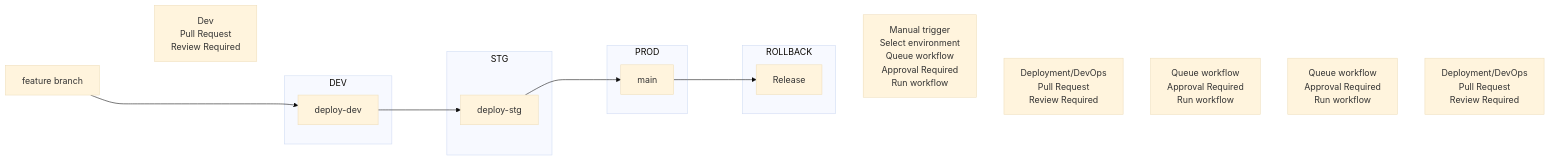
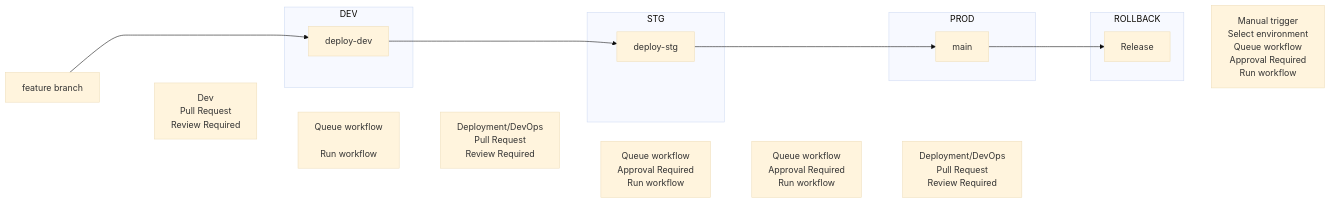
Before and after one commit to fritzramos-gf/Workflows: the diagram in Gates-Workflow.md, drawn with Mermaid (base theme).

````diff
--- a/Gates-Workflow.md
+++ b/Gates-Workflow.md
@@ -1,32 +1,32 @@
 ```mermaid
 flowchart LR
     A[feature branch] ----> B
     A ~~~ C["Dev\nPull Request\nReview Required"]
     C ~~~ B
     subgraph DEV
         B[deploy-dev]
     end
      C ~~~ G["Queue workflow
         \nRun workflow"]
 
     B ---> D
     G ~~~ H["Deployment/DevOps\nPull Request\nReview Required"]
     H ~~~ D
     subgraph STG
         D[deploy-stg]
     end
     D ---> E
     H ~~~ I["Queue workflow\nApproval Required\nRun workflow"]
     subgraph PROD
         E[main]
     end
     I ~~~ J["Queue workflow\nApproval Required\nRun workflow"]
     E ---> F
     J ~~~ K["Deployment/DevOps\nPull Request\nReview Required"] 
     subgraph ROLLBACK
         F[Release]
     end
-    F ~~~ G["Manual trigger\nSelect environment\nQueue workflow\nApproval Required\nRun workflow"]
+    F ~~~ L["Manual trigger\nSelect environment\nQueue workflow\nApproval Required\nRun workflow"]
 
 
 ```
````
